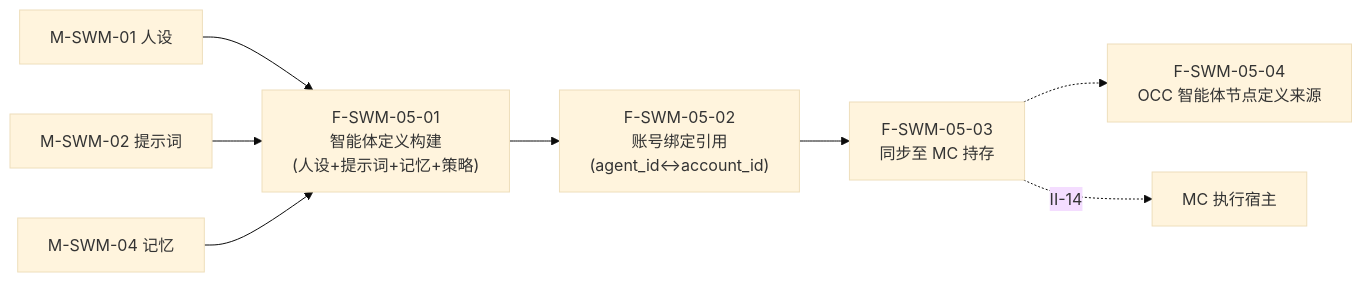
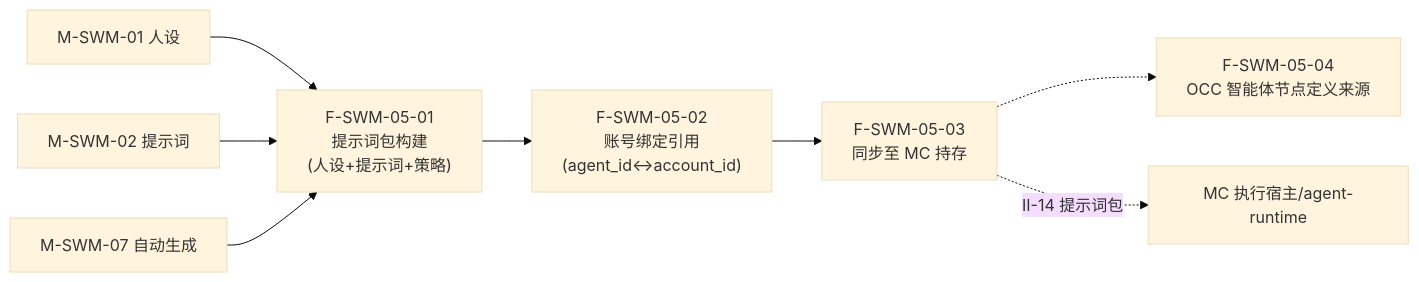
Before and after one commit to Sj-g/obsidian: diagram 26 of 49 in 公司项目/认知作战/文档/软件概要设计-架构图.md, drawn with Mermaid (base theme). The commit also changed other lines of this file and 4 other files, not shown here.

````diff
--- a/公司项目/认知作战/文档/软件概要设计-架构图.md
+++ b/公司项目/认知作战/文档/软件概要设计-架构图.md
@@ -512,12 +512,12 @@
 ```mermaid
 flowchart LR
-    F0501["F-SWM-05-01<br/>智能体定义构建<br/>(人设+提示词+记忆+策略)"]
+    F0501["F-SWM-05-01<br/>提示词包构建<br/>(人设+提示词+策略)"]
     F0502["F-SWM-05-02<br/>账号绑定引用<br/>(agent_id↔account_id)"]
     F0503["F-SWM-05-03<br/>同步至 MC 持存"]
     F0504["F-SWM-05-04<br/>OCC 智能体节点定义来源"]
 
     F0501 --> F0502 --> F0503
     F0503 -.-> F0504
-    SWM1["M-SWM-01 人设"] & SWM2["M-SWM-02 提示词"] & SWM4["M-SWM-04 记忆"] --> F0501
-    F0503 -.->|"II-14"| MC["MC 执行宿主"]
+    SWM1["M-SWM-01 人设"] & SWM2["M-SWM-02 提示词"] & SWM7["M-SWM-07 自动生成"] --> F0501
+    F0503 -.->|"II-14 提示词包"| MC["MC 执行宿主/agent-runtime"]
 ```
````
